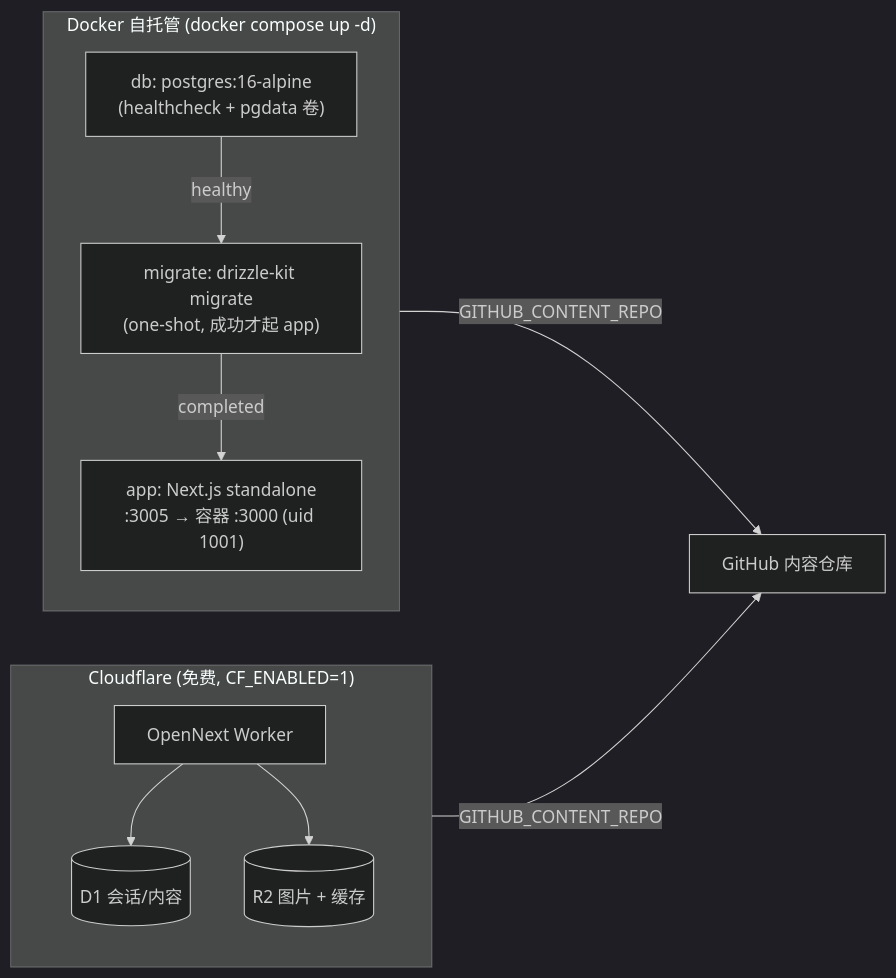
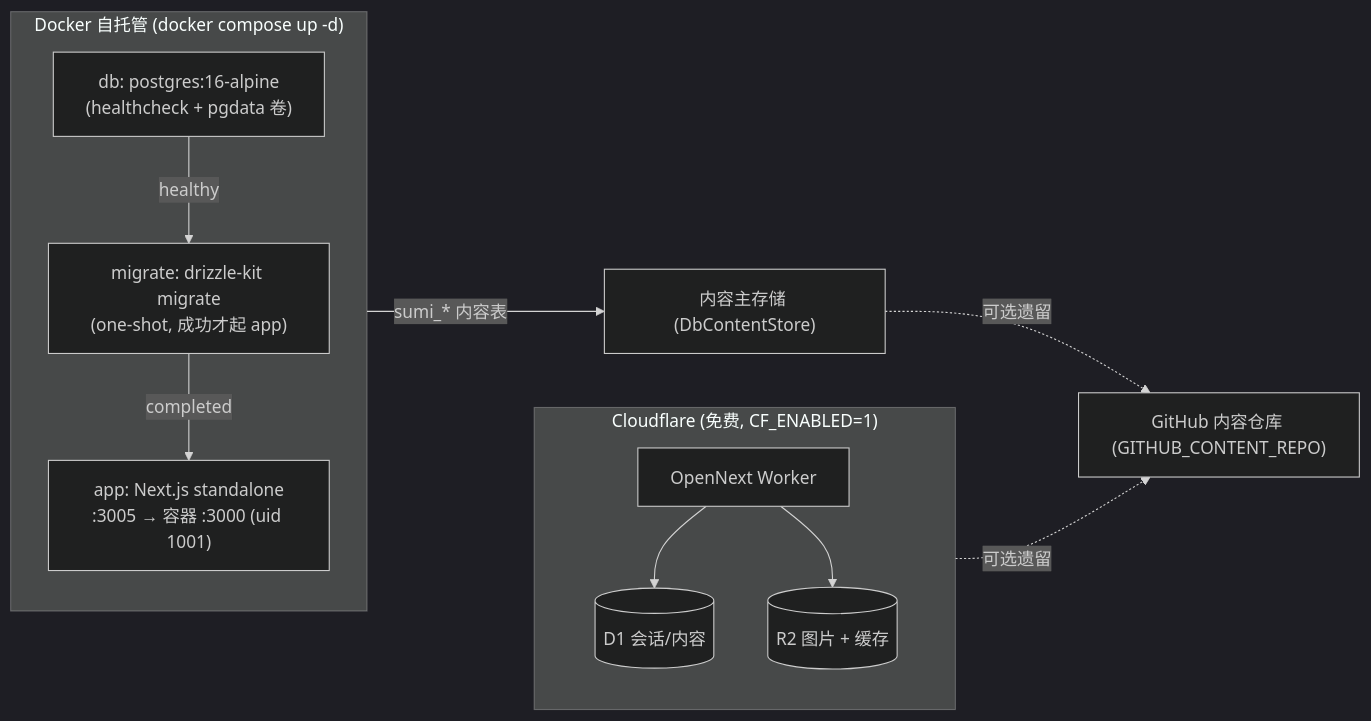
Before and after one commit to fuyucn/sumi: the tenth of 11 diagrams in docs/ARCHITECTURE.md, drawn with Mermaid (dark theme). The commit also changed other lines of this file and 9 other files, not shown here.

First line of the commit message:
docs: align storage docs with Postgres-first (no GitHub repo needed)

````diff
--- a/docs/ARCHITECTURE.md
+++ b/docs/ARCHITECTURE.md
@@ -343,22 +353,24 @@
 ```mermaid
 flowchart LR
     subgraph Local["Docker 自托管 (docker compose up -d)"]
         direction TB
         DB["db: postgres:16-alpine<br/>(healthcheck + pgdata 卷)"]
         MIG["migrate: drizzle-kit migrate<br/>(one-shot, 成功才起 app)"]
         APP["app: Next.js standalone<br/>:3005 → 容器 :3000 (uid 1001)"]
         DB -->|healthy| MIG -->|completed| APP
     end
 
+    DB -->|sumi_* 内容表| CONTENT["内容主存储 (DbContentStore)"]
+
     subgraph Cloud["Cloudflare (免费, CF_ENABLED=1)"]
         direction TB
         WAPP["OpenNext Worker"]
         D1[("D1 会话/内容")]
         R2[("R2 图片 + 缓存")]
         WAPP --> D1
         WAPP --> R2
     end
 
-    Local -->|GITHUB_CONTENT_REPO| GHRepo["GitHub 内容仓库"]
-    Cloud -->|GITHUB_CONTENT_REPO| GHRepo
+    CONTENT -.->|可选遗留| GHRepo["GitHub 内容仓库 (GITHUB_CONTENT_REPO)"]
+    Cloud -.->|可选遗留| GHRepo
 ```
````
